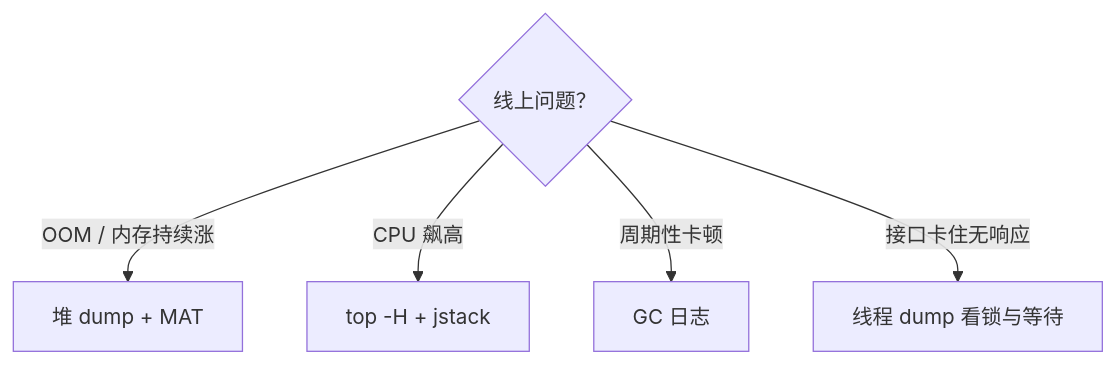
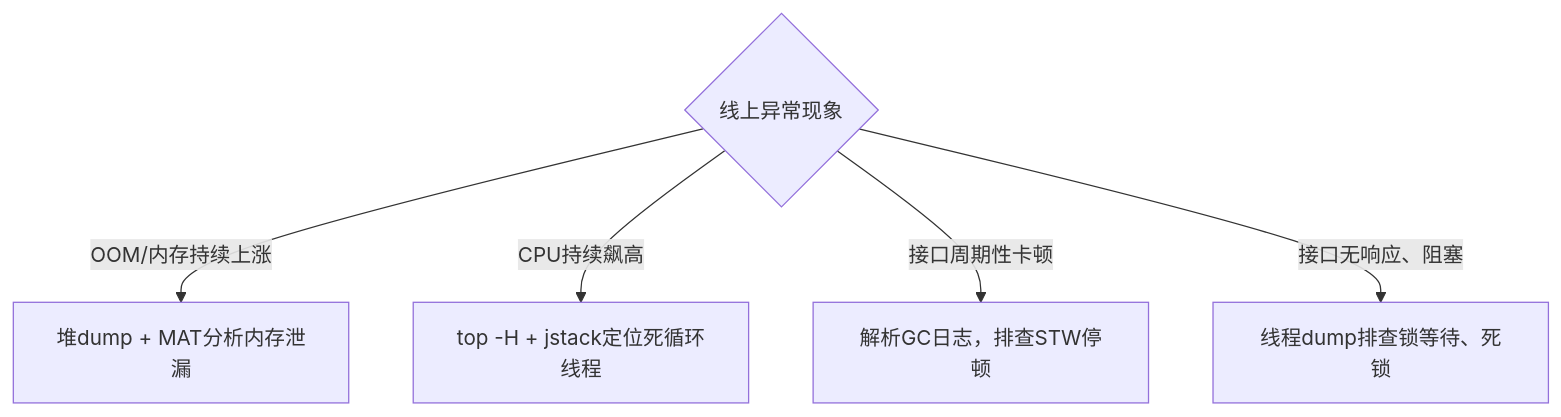
One commit to l552177239/my-note changed the eighth of 8 diagrams in docs/02.后端/01.Java/17.JVM 基础.md. Above: the diagram before and after it, drawn with Mermaid. The commit also changed other lines of this file and 1 other file, not shown here.

Commit message:
feat: Update Java concurrency and JVM notes with new insights, improved structure, and visual diagrams

````diff
--- a/docs/02.后端/01.Java/17.JVM 基础.md
+++ b/docs/02.后端/01.Java/17.JVM 基础.md
@@ -257,8 +289,9 @@
 ```mermaid
 flowchart TD
-    Q{"线上问题？"}
-    Q -->|"OOM / 内存持续涨"| M["堆 dump + MAT"]
-    Q -->|"CPU 飙高"| C["top -H + jstack"]
-    Q -->|"周期性卡顿"| G["GC 日志"]
-    Q -->|"接口卡住无响应"| T["线程 dump 看锁与等待"]
+    Q{"线上异常现象"}
+    Q -->|"OOM/内存持续上涨"| M["堆dump + MAT分析内存泄漏"]
+    Q -->|"CPU持续飙高"| C["top -H + jstack定位死循环线程"]
+    Q -->|"接口周期性卡顿"| G["解析GC日志，排查STW停顿"]
+    Q -->|"接口无响应、阻塞"| T["线程dump排查锁等待、死锁"]
+
 ```
````
